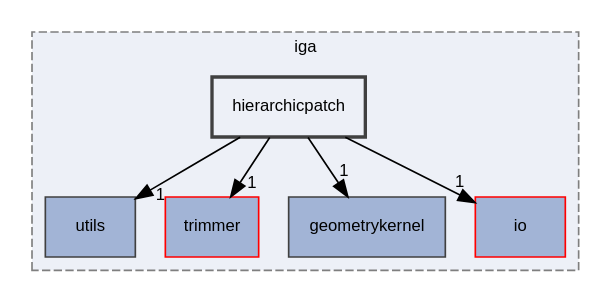
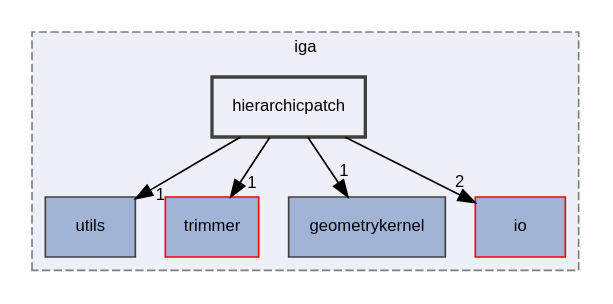
The diagram in dir_12fc9e68aad46ae2d80ba50ef1c96d76_dep.dot (rath3t/dune-iga-doc), drawn with Graphviz before and after one commit. The commit also changed 1638 other files, not shown here.

```diff
--- a/dir_12fc9e68aad46ae2d80ba50ef1c96d76_dep.dot
+++ b/dir_12fc9e68aad46ae2d80ba50ef1c96d76_dep.dot
@@ -1,19 +1,19 @@
 digraph "hierarchicpatch"
 {
  // LATEX_PDF_SIZE
   edge [fontname="Helvetica",fontsize="10",labelfontname="Helvetica",labelfontsize="10"];
   node [fontname="Helvetica",fontsize="10",shape=record];
   compound=true
   subgraph clusterdir_d2a3c23294a1b1015b1b8e8721ddded8 {
     graph [ bgcolor="#edf0f7", pencolor="grey50", style="filled,dashed,", label="iga", fontname="Helvetica", fontsize="10", URL="dir_d2a3c23294a1b1015b1b8e8721ddded8.html"]
   dir_054fedf05f142c88b967e78541d2ed3d [shape=box, label="utils", style="filled,", fillcolor="#a2b4d6", color="grey25", URL="dir_054fedf05f142c88b967e78541d2ed3d.html"];
   dir_7d0c370ab440c4b4f78419bfc8c93eb8 [shape=box, label="trimmer", style="filled,", fillcolor="#a2b4d6", color="red", URL="dir_7d0c370ab440c4b4f78419bfc8c93eb8.html"];
   dir_98571e7345f7327fea7723ec1a12d870 [shape=box, label="geometrykernel", style="filled,", fillcolor="#a2b4d6", color="grey25", URL="dir_98571e7345f7327fea7723ec1a12d870.html"];
   dir_c3ccff8517fbe337b2b8ad503c3a1590 [shape=box, label="io", style="filled,", fillcolor="#a2b4d6", color="red", URL="dir_c3ccff8517fbe337b2b8ad503c3a1590.html"];
   dir_12fc9e68aad46ae2d80ba50ef1c96d76 [shape=box, label="hierarchicpatch", style="filled,bold,", fillcolor="#edf0f7", color="grey25", URL="dir_12fc9e68aad46ae2d80ba50ef1c96d76.html"];
   }
   dir_12fc9e68aad46ae2d80ba50ef1c96d76->dir_054fedf05f142c88b967e78541d2ed3d [headlabel="1", labeldistance=1.5 headhref="dir_000007_000019.html"];
   dir_12fc9e68aad46ae2d80ba50ef1c96d76->dir_7d0c370ab440c4b4f78419bfc8c93eb8 [headlabel="1", labeldistance=1.5 headhref="dir_000007_000017.html"];
   dir_12fc9e68aad46ae2d80ba50ef1c96d76->dir_98571e7345f7327fea7723ec1a12d870 [headlabel="1", labeldistance=1.5 headhref="dir_000007_000006.html"];
-  dir_12fc9e68aad46ae2d80ba50ef1c96d76->dir_c3ccff8517fbe337b2b8ad503c3a1590 [headlabel="1", labeldistance=1.5 headhref="dir_000007_000013.html"];
+  dir_12fc9e68aad46ae2d80ba50ef1c96d76->dir_c3ccff8517fbe337b2b8ad503c3a1590 [headlabel="2", labeldistance=1.5 headhref="dir_000007_000013.html"];
 }
```
